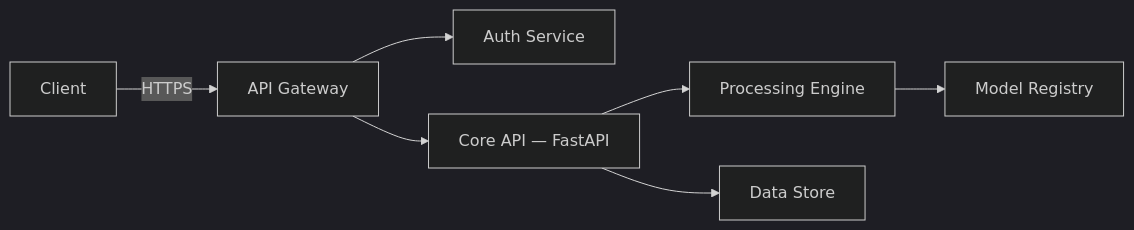
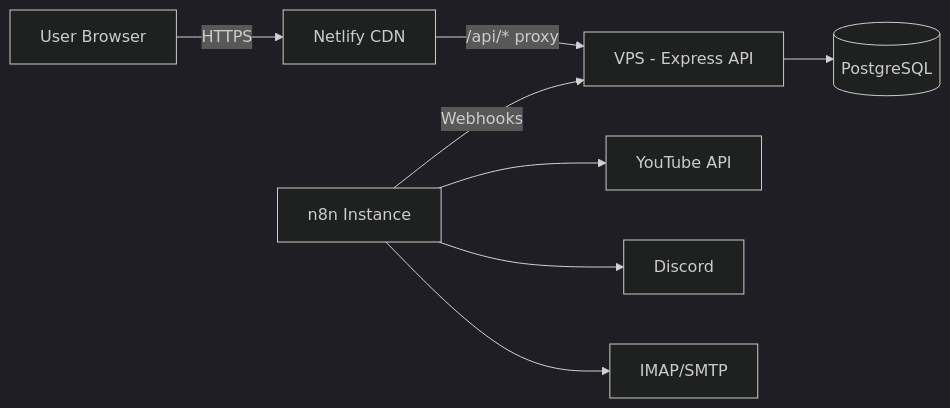
Before and after one commit to InstinctBits/convergioai-docs: the third of 3 diagrams in docs/platform/architecture.md, drawn with Mermaid (dark theme). The commit also changed other lines of this file and 38 other files, not shown here.

````diff
--- a/docs/platform/architecture.md
+++ b/docs/platform/architecture.md
@@ -12,9 +149,10 @@
 ```mermaid
 graph LR
-    A[Client] -->|HTTPS| B[API Gateway]
-    B --> C[Auth Service]
-    B --> D[Core API — FastAPI]
-    D --> E[Processing Engine]
-    D --> F[Data Store]
-    E --> G[Model Registry]
+    User[User Browser] -->|HTTPS| Netlify[Netlify CDN]
+    Netlify -->|/api/* proxy| VPS[VPS - Express API]
+    VPS --> PG[(PostgreSQL)]
+    n8n[n8n Instance] -->|Webhooks| VPS
+    n8n --> YouTube[YouTube API]
+    n8n --> Discord[Discord]
+    n8n --> Email[IMAP/SMTP]
 ```
````
